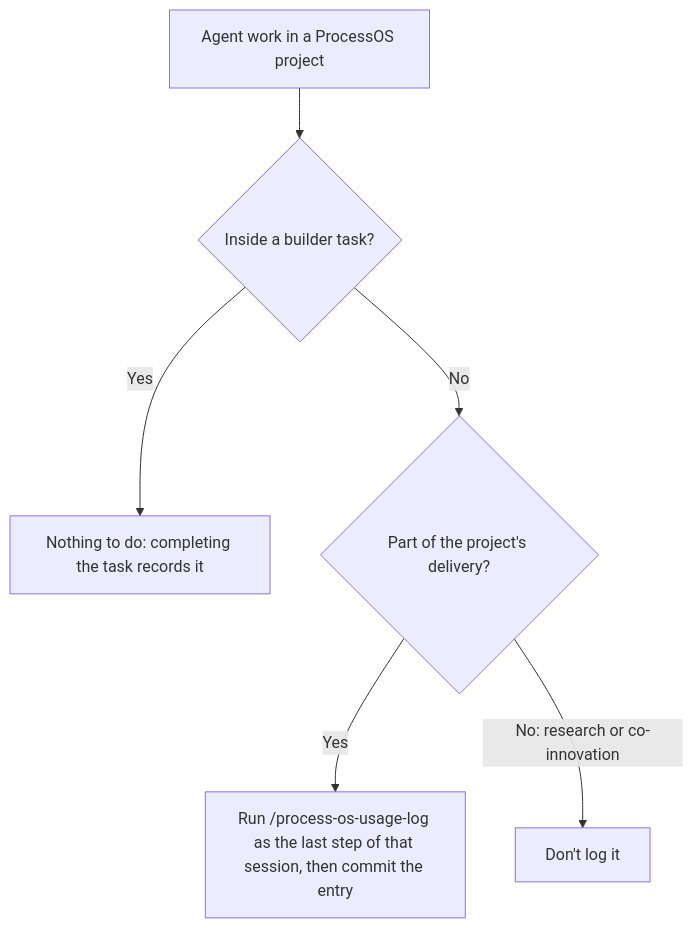
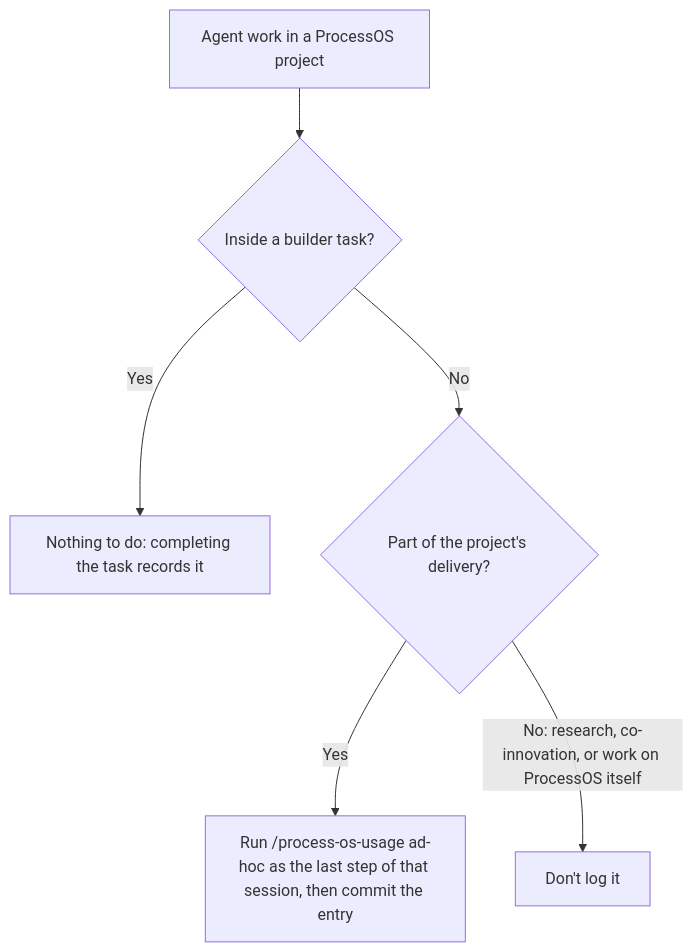
Before and after one commit to camunda/camunda-docs: the diagram in docs/components/process-os-harness/build/cost-tracking.md, drawn with Mermaid. The commit also changed other lines of this file, not shown here.

Commit message:
docs(process-os-harness): align cost tracking page with merged usage entries design

````diff
--- a/docs/components/process-os-harness/build/cost-tracking.md
+++ b/docs/components/process-os-harness/build/cost-tracking.md
@@ -43,8 +55,8 @@
 ```mermaid
 flowchart TD
     W["Agent work in a ProcessOS project"] --> J{"Inside a builder task?"}
     J -->|Yes| A["Nothing to do: completing the task records it"]
     J -->|No| C{"Part of the project's delivery?"}
-    C -->|Yes| L["Run /process-os-usage-log as the last step of that session, then commit the entry"]
-    C -->|"No: research or co-innovation"| N["Don't log it"]
+    C -->|Yes| L["Run /process-os-usage ad-hoc as the last step of that session, then commit the entry"]
+    C -->|"No: research, co-innovation, or work on ProcessOS itself"| N["Don't log it"]
 ```
````
